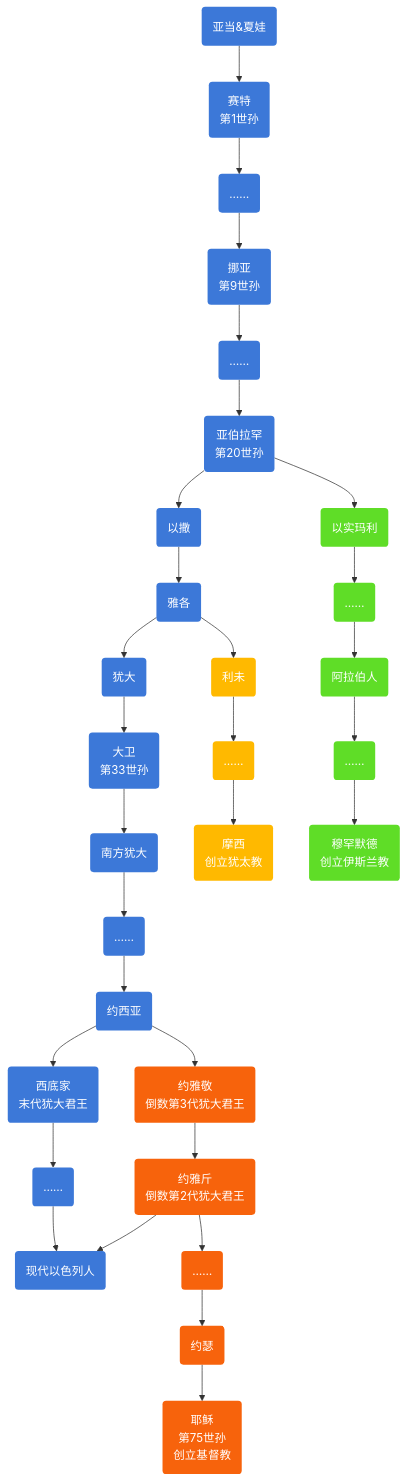
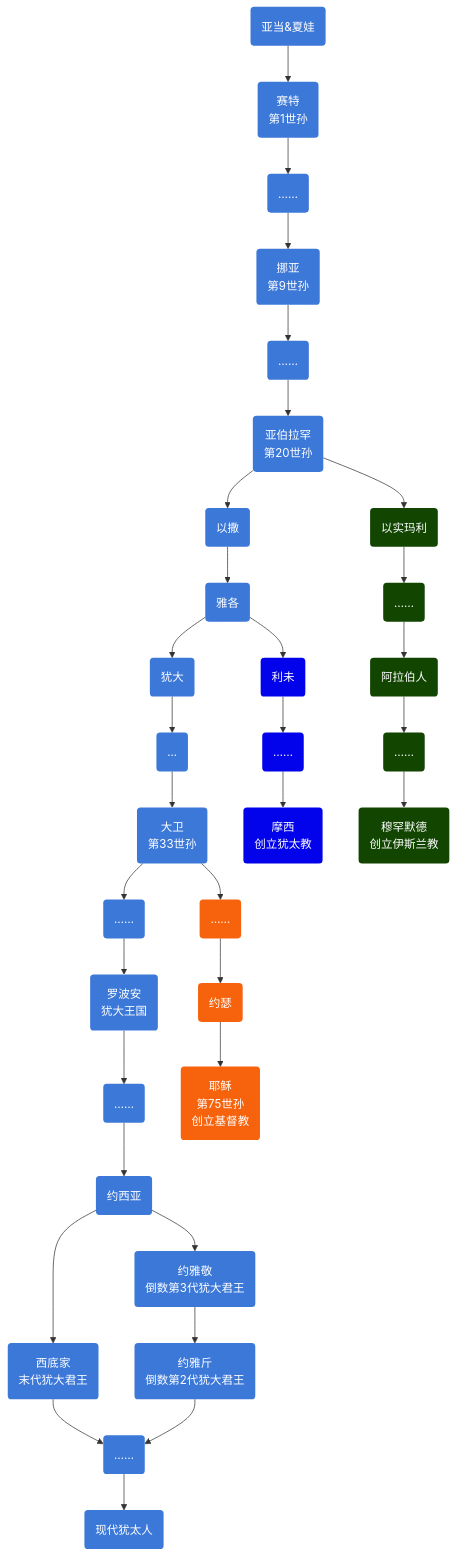
One commit to Jerrybaijy/notes changed the diagram in 历史/宗教史/宗教史.md. Above: the diagram before and after it, drawn with Mermaid. The commit also changed other lines of this file and 1 other file, not shown here.

````diff
--- a/历史/宗教史/宗教史.md
+++ b/历史/宗教史/宗教史.md
@@ -7,46 +7,48 @@
 ```mermaid
 graph TD
-    classDef israeliNode fill:#3c78d8,stroke:#333,stroke-width:0px,color:#ffffff;
-    classDef islamNode fill:#5fdd27,stroke:#333,stroke-width:0px,color:#ffffff;
-    classDef judaismNode fill:#FFB900,stroke:#333,stroke-width:0px,color:#ffffff;
-    classDef christNode fill:#F7630C,stroke:#333,stroke-width:0px,color:#ffffff;
+    classDef 犹太人 fill:#3c78d8,stroke:#333,stroke-width:0px,color:#ffffff;
+    classDef 伊斯兰教 fill:#114500,stroke:#333,stroke-width:0px,color:#ffffff;
+    classDef 犹太教 fill:#0202eb,stroke:#333,stroke-width:0px,color:#ffffff;
+    classDef 基督教 fill:#F7630C,stroke:#333,stroke-width:0px,color:#ffffff;
 
 
     A(亚当&夏娃) --> B(赛特<br/>第1世孙)
     B --> C(……)
     C --> D(挪亚<br/>第9世孙)
     D --> E(……)
     E --> F(亚伯拉罕<br/>第20世孙)
     F --> G(以撒)
     G --> H(雅各)
     H --> I(犹大)
-    I --> J(大卫<br/>第33世孙)
-    J --> K(南方犹大)
+    I --> I1(...)
+    I1 --> J(大卫<br/>第33世孙)
+    J --> J1(……) & J2(……)
+    J1 --> K(罗波安<br/>犹大王国)
     K --> L(……)
     L --> M(约西亚)
     M --> N(西底家<br/>末代犹大君王)
     N --> O(……)
-    O --> P(现代以色列人)
+    O --> P(现代犹太人)
 
     F --> F1(以实玛利)
     F1 --> F2(……)
     F2 --> F3(阿拉伯人)
     F3 --> F4(……)
     F4 --> F5(穆罕默德<br/>创立伊斯兰教)
 
     H --> H1(利未)
     H1 --> H2(……)
     H2 --> H3(摩西<br/>创立犹太教)
 
     M --> M1(约雅敬<br/>倒数第3代犹大君王)
     M1 --> M2(约雅斤<br/>倒数第2代犹大君王)
-    M2 --> P
-    M2 --> M3(……)
-    M3 --> M4(约瑟)
+    M2 --> O
+    
+    J2 --> M4(约瑟)
     M4 --> M5(耶稣<br/>第75世孙<br/>创立基督教)
-
-    class A,B,C,D,E,F,G,H,I,J,K,L,M,N,O,P israeliNode;
-    class F1,F2,F3,F4,F5,F6 islamNode;
-    class H1,H2,H3,H4 judaismNode;
-    class M1,M2,M3,M4,M5,M6 christNode;
+    
+    class A,B,C,D,E,F,G,H,I,I1,J,J1,K,L,M,N,O,P,M1,M2 犹太人;
+    class F1,F2,F3,F4,F5,F6 伊斯兰教;
+    class H1,H2,H3,H4 犹太教;
+    class J2,M4,M5 基督教;
 ```
````
